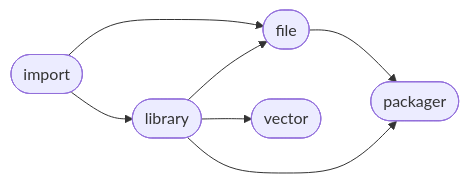
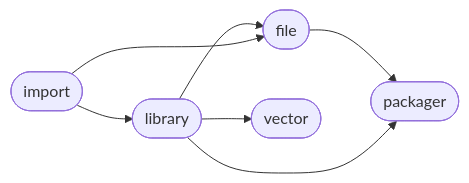
Before and after one commit to Mandera/Mandera: the diagram in README.md, drawn with Mermaid. The commit also changed other lines of this file, not shown here.

````diff
--- a/README.md
+++ b/README.md
@@ -6,14 +6,14 @@
 ```mermaid
 flowchart LR
-0([import]) --> 1([library])
+1([library]) --> 2([file])
 2([file]) --> 4([packager])
 1([library]) --> 4([packager])
+0([import]) --> 1([library])
+1([library]) --> 3([vector])
 0([import]) --> 2([file])
-1([library]) --> 3([vector])
-1([library]) --> 2([file])
 click 0 "https://github.com/ManderaGeneral/generalimport"
 click 1 "https://github.com/ManderaGeneral/generallibrary"
 click 2 "https://github.com/ManderaGeneral/generalfile"
 click 3 "https://github.com/ManderaGeneral/generalvector"
 click 4 "https://github.com/ManderaGeneral/generalpackager"
 ```
````
